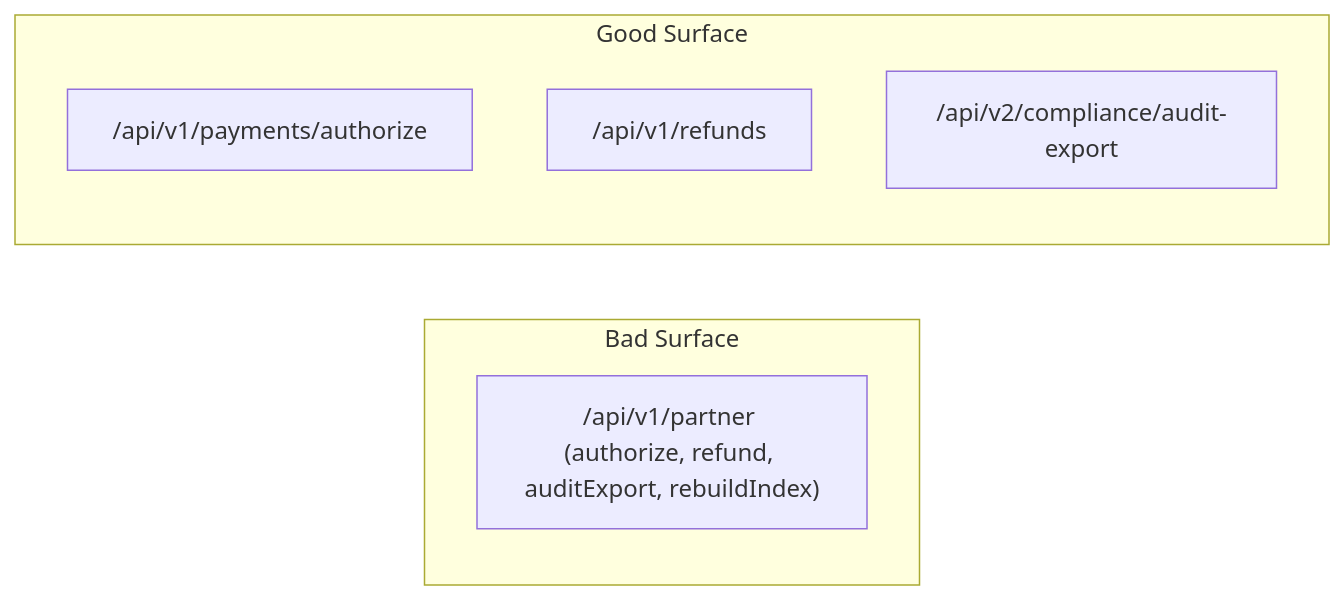
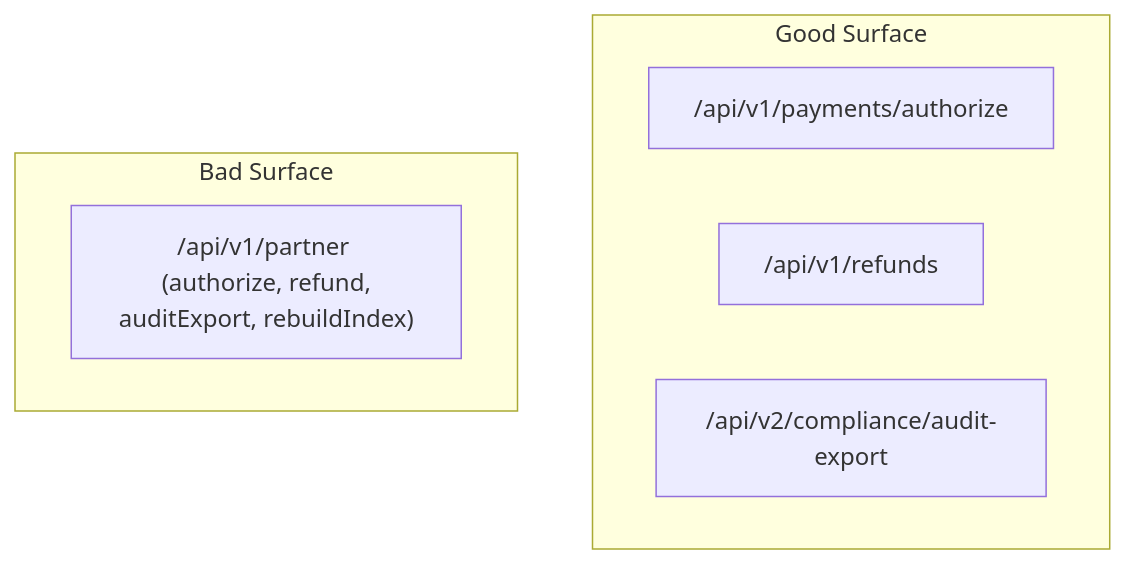
One commit to jeff-adkisson/swe-4743-spring-2026-oo-design changed the tenth of 10 diagrams in presentations/07-interface-segregation-principle.md. Above: the diagram before and after it, drawn with Mermaid. The commit also changed other lines of this file, not shown here.

Commit message:
Updated mermaid flow direction

````diff
--- a/presentations/07-interface-segregation-principle.md
+++ b/presentations/07-interface-segregation-principle.md
@@ -1386,12 +1410,13 @@
 ```mermaid
-flowchart LR
-subgraph Bad Surface
-  B1["/api/v1/partner (authorize, refund, auditExport, rebuildIndex)"]
-end
+flowchart TB
 
 subgraph Good Surface
   G1["/api/v1/payments/authorize"]
   G2["/api/v1/refunds"]
   G3["/api/v2/compliance/audit-export"]
 end
+
+subgraph Bad Surface
+  B1["/api/v1/partner (authorize, refund,<br>auditExport, rebuildIndex)"]
+end
 ```
````
